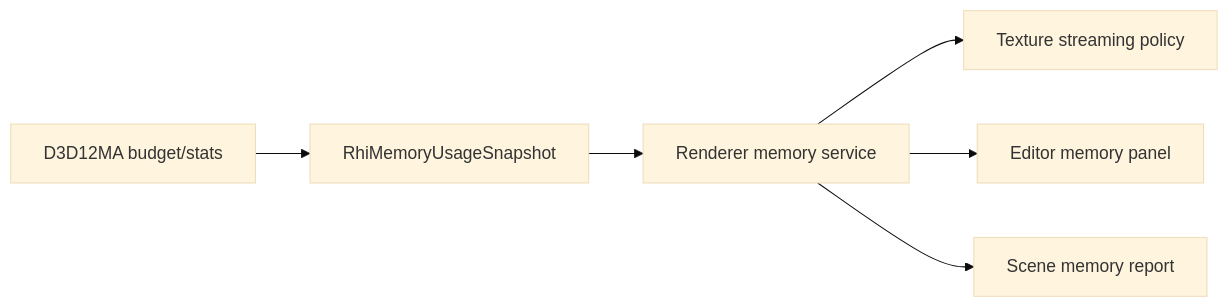
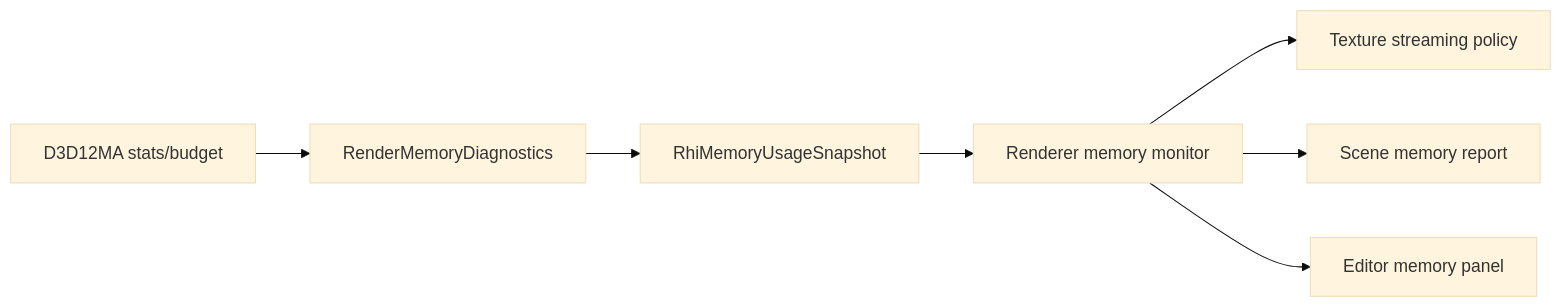
Before and after one commit to stoleckipawel/SparkleEngine: the third of 4 diagrams in docs/plans/d3d12ma-vma-memory-integration-plan.md, drawn with Mermaid (base theme). The commit also changed other lines of this file and 3 other files, not shown here.

````diff
--- a/docs/plans/d3d12ma-vma-memory-integration-plan.md
+++ b/docs/plans/d3d12ma-vma-memory-integration-plan.md
@@ -381,8 +595,9 @@
 ```mermaid
 flowchart LR
-    A[D3D12MA budget/stats] --> B[RhiMemoryUsageSnapshot]
-    B --> C[Renderer memory service]
-    C --> D[Texture streaming policy]
-    C --> E[Editor memory panel]
-    C --> F[Scene memory report]
+    A[D3D12MA stats/budget] --> B[RenderMemoryDiagnostics]
+    B --> C[RhiMemoryUsageSnapshot]
+    C --> D[Renderer memory monitor]
+    D --> E[Texture streaming policy]
+    D --> F[Scene memory report]
+    D --> G[Editor memory panel]
 ```
````
